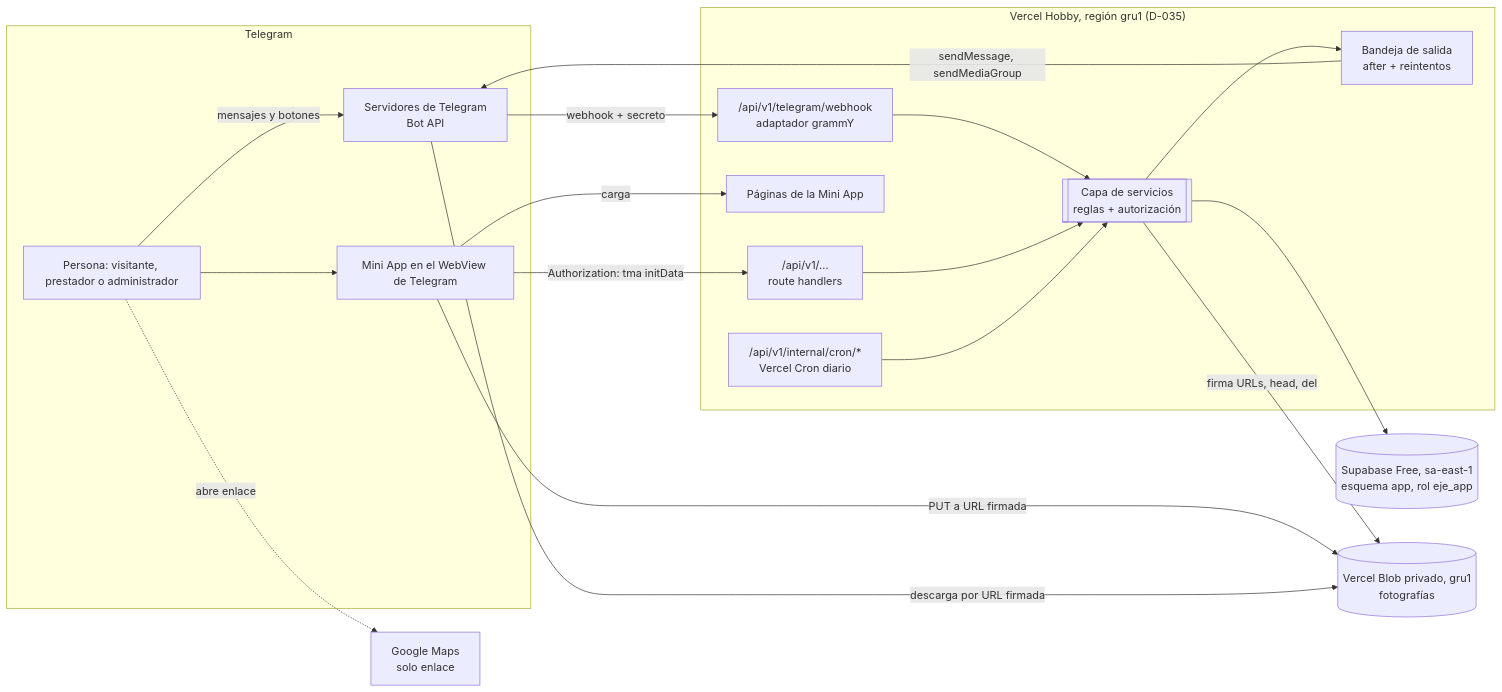
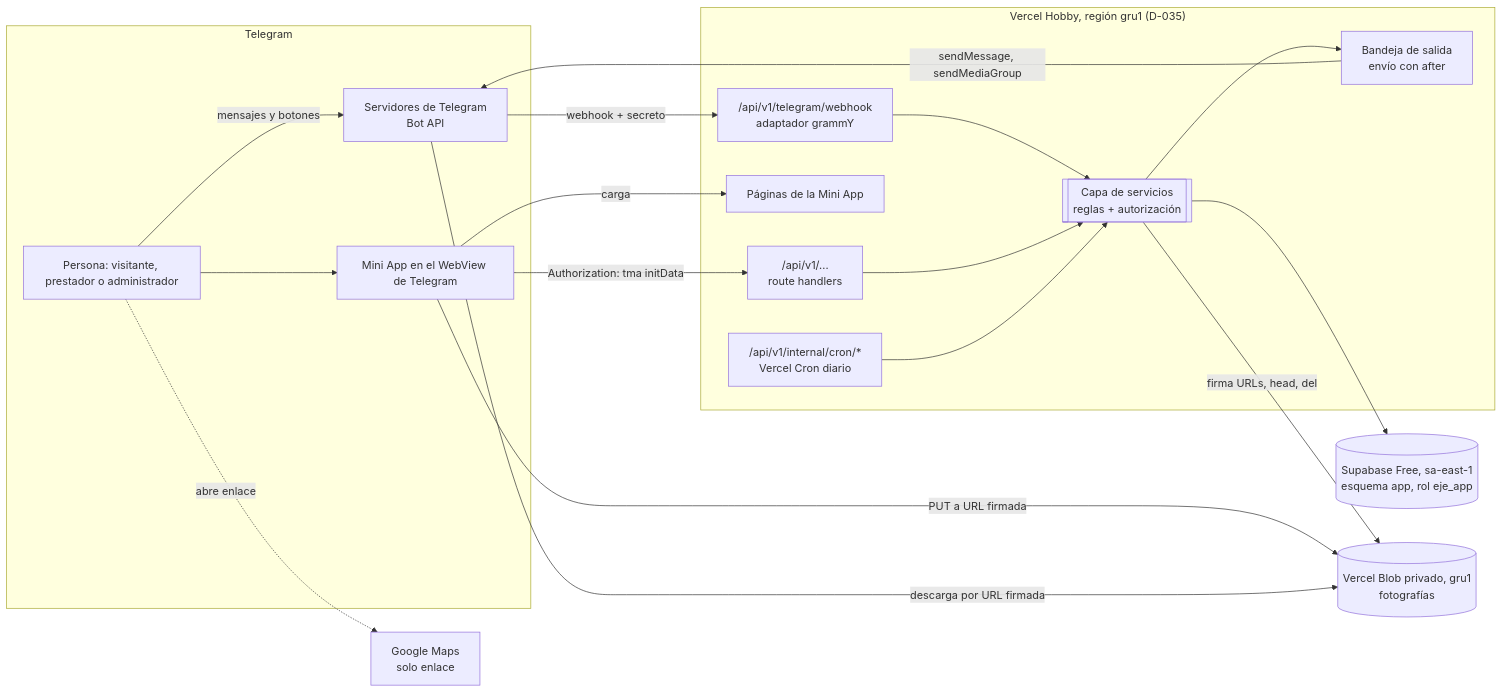
The first of 2 diagrams in docs/03-arquitectura.md (NaghellyMoreno/EjeTurismo), drawn with Mermaid before and after one commit. The commit also changed other lines of this file and 3 other files, not shown here.

````diff
--- a/docs/03-arquitectura.md
+++ b/docs/03-arquitectura.md
@@ -13,35 +13,35 @@
 ```mermaid
 flowchart LR
   subgraph Telegram
     U[Persona: visitante, prestador o administrador]
     TG[Servidores de Telegram<br/>Bot API]
     WV[Mini App en el WebView de Telegram]
   end
   subgraph Vercel["Vercel Hobby, región gru1 (D-035)"]
     WH["/api/v1/telegram/webhook<br/>adaptador grammY"]
     API["/api/v1/...<br/>route handlers"]
     PAGES[Páginas de la Mini App]
     CRON["/api/v1/internal/cron/*<br/>Vercel Cron diario"]
     SVC[[Capa de servicios<br/>reglas + autorización]]
-    OUT[Bandeja de salida<br/>after + reintentos]
+    OUT[Bandeja de salida<br/>envío con after]
   end
   DB[(Supabase Free, sa-east-1<br/>esquema app, rol eje_app)]
   BLOB[(Vercel Blob privado, gru1<br/>fotografías)]
   GM[Google Maps<br/>solo enlace]
 
   U -- mensajes y botones --> TG
   TG -- webhook + secreto --> WH
   U --> WV
   WV -- carga --> PAGES
   WV -- "Authorization: tma initData" --> API
   WV -- "PUT a URL firmada" --> BLOB
   WH --> SVC
   API --> SVC
   CRON --> SVC
   SVC --> DB
   SVC -- firma URLs, head, del --> BLOB
   SVC --> OUT
   OUT -- sendMessage, sendMediaGroup --> TG
   TG -- descarga por URL firmada --> BLOB
   U -. abre enlace .-> GM
 ```
````
